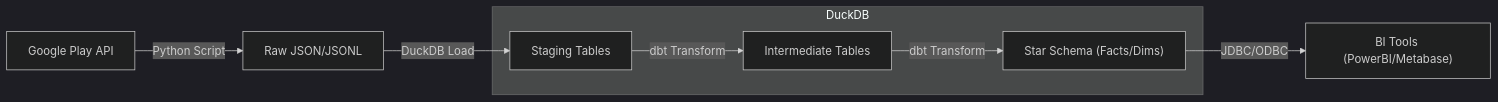
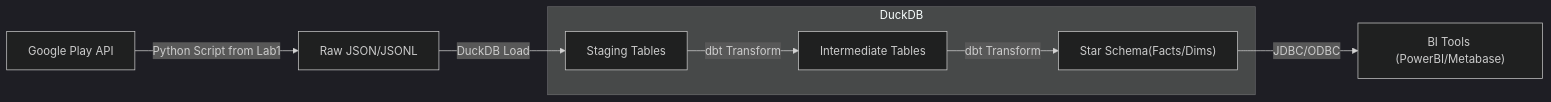
One commit to OUANZOUGUIAbdelhak/DATA-ENGINEERING-LAB-PROJECT changed the diagram in Lab2/README.md. Above: the diagram before and after it, drawn with Mermaid (dark theme). The commit also changed other lines of this file, not shown here.

Commit message:
added high-level architecture and data modeling for Lab2

````diff
--- a/Lab2/README.md
+++ b/Lab2/README.md
@@ -26,15 +4,15 @@
 ```mermaid
 graph LR
-    API["Google Play API"] -->|Python Script| RawFiles["Raw JSON/JSONL"]
+    API["Google Play API"] -->|Python Script from Lab1| RawFiles["Raw JSON/JSONL"]
     RawFiles -->|DuckDB Load| Bronze["Staging Tables"]
     Bronze -->|dbt Transform| Silver["Intermediate Tables"]
-    Silver -->|dbt Transform| Gold["Star Schema (Facts/Dims)"]
+    Silver -->|dbt Transform| Gold["Star Schema(Facts/Dims)"]
     Gold -->|JDBC/ODBC| BI["BI Tools (PowerBI/Metabase)"]
     
     subgraph DuckDB
         Bronze
         Silver
         Gold
     end
 
 ```
````
